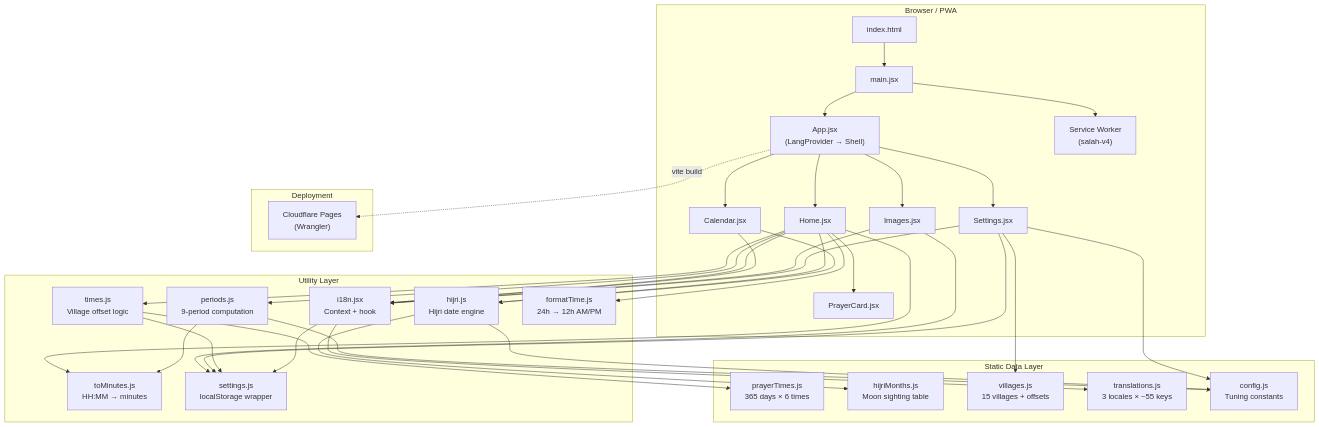
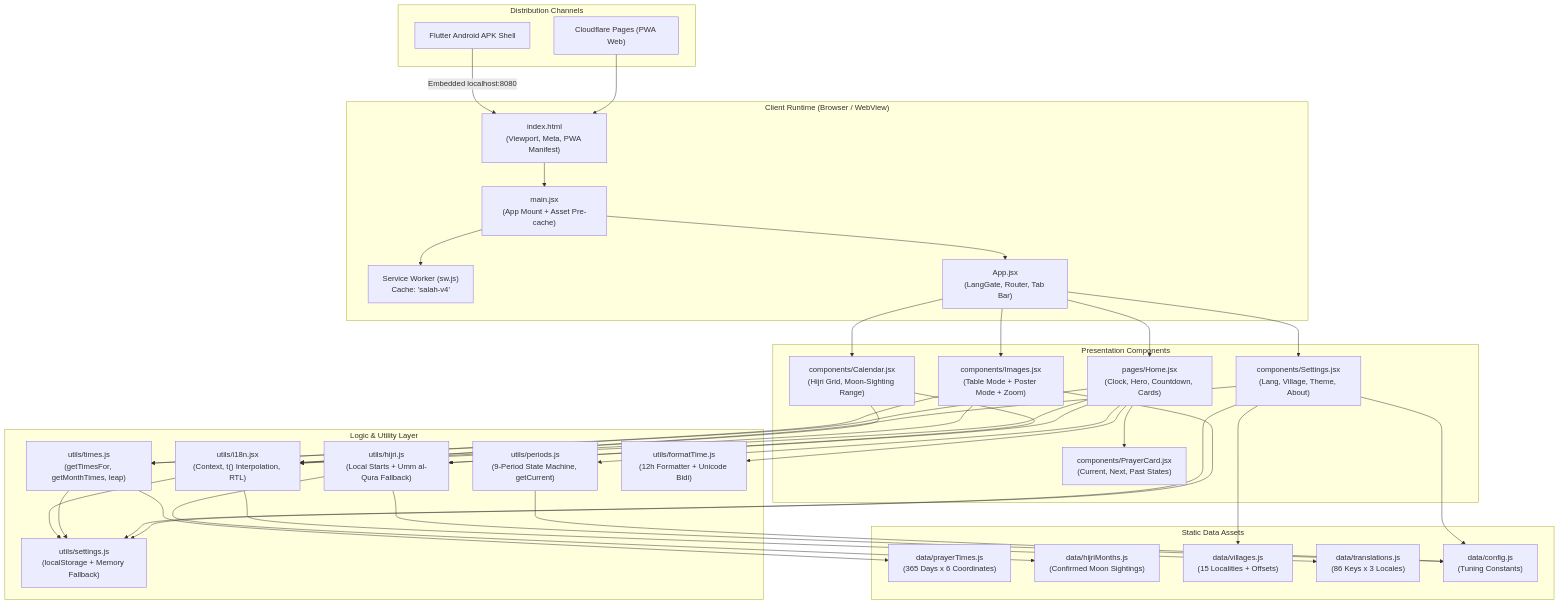
One commit to Akai-Abd/Osmanabad-Salah-Time changed the first of 2 diagrams in Salah-Timing.md. Above: the diagram before and after it, drawn with Mermaid. The commit also changed other lines of this file, not shown here.

````diff
--- a/Salah-Timing.md
+++ b/Salah-Timing.md
@@ -42,50 +52,54 @@
 ```mermaid
 flowchart TD
-    subgraph Client["Browser / PWA"]
-        HTML["index.html"]
-        MAIN["main.jsx"]
-        APP["App.jsx\n(LangProvider → Shell)"]
-        HOME["Home.jsx"]
-        CAL["Calendar.jsx"]
-        IMG["Images.jsx"]
-        SET["Settings.jsx"]
-        PC["PrayerCard.jsx"]
-        SW["Service Worker\n(salah-v4)"]
+    subgraph Distribution["Distribution Channels"]
+        WEB["Cloudflare Pages (PWA Web)"]
+        APK["Flutter Android APK Shell"]
     end
 
-    subgraph Data["Static Data Layer"]
-        PT["prayerTimes.js\n365 days × 6 times"]
-        HM["hijriMonths.js\nMoon sighting table"]
-        VL["villages.js\n15 villages + offsets"]
-        TR["translations.js\n3 locales × ~55 keys"]
-        CF["config.js\nTuning constants"]
+    subgraph ClientShell["Client Runtime (Browser / WebView)"]
+        HTML["index.html\n(Viewport, Meta, PWA Manifest)"]
+        SW["Service Worker (sw.js)\nCache: 'salah-v4'"]
+        ENTRY["main.jsx\n(App Mount + Asset Pre-cache)"]
+        SHELL["App.jsx\n(LangGate, Router, Tab Bar)"]
     end
 
-    subgraph Utils["Utility Layer"]
-        TI["times.js\nVillage offset logic"]
-        PE["periods.js\n9-period computation"]
-        HI["hijri.js\nHijri date engine"]
-        I18["i18n.jsx\nContext + hook"]
-        FT["formatTime.js\n24h → 12h AM/PM"]
-        TM["toMinutes.js\nHH:MM → minutes"]
-        SS["settings.js\nlocalStorage wrapper"]
+    subgraph Views["Presentation Components"]
+        HOME["pages/Home.jsx\n(Clock, Hero, Countdown, Cards)"]
+        TT["components/Images.jsx\n(Table Mode + Poster Mode + Zoom)"]
+        CAL["components/Calendar.jsx\n(Hijri Grid, Moon-Sighting Range)"]
+        SET["components/Settings.jsx\n(Lang, Village, Theme, About)"]
+        CARD["components/PrayerCard.jsx\n(Current, Next, Past States)"]
     end
 
-    subgraph Hosting["Deployment"]
-        CF_PAGES["Cloudflare Pages\n(Wrangler)"]
+    subgraph CoreEngine["Logic & Utility Layer"]
+        TIMES["utils/times.js\n(getTimesFor, getMonthTimes, leap)"]
+        PERIODS["utils/periods.js\n(9-Period State Machine, getCurrent)"]
+        HIJRI["utils/hijri.js\n(Local Starts + Umm al-Qura Fallback)"]
+        I18N["utils/i18n.jsx\n(Context, t() Interpolation, RTL)"]
+        FMT["utils/formatTime.js\n(12h Formatter + Unicode Bidi)"]
+        STORE["utils/settings.js\n(localStorage + Memory Fallback)"]
     end
 
-    HTML --> MAIN --> APP
-    APP --> HOME & CAL & IMG & SET
-    HOME --> PC
-    HOME --> TI & PE & HI & FT & TM & I18
-    CAL --> HI & I18
-    IMG --> I18 & SS
-    SET --> SS & VL & I18 & CF
-    TI --> PT & SS
-    PE --> TM & CF
-    HI --> HM & CF
-    I18 --> TR & SS
-    MAIN --> SW
-    APP -.->|"vite build"| CF_PAGES
+    subgraph DataStore["Static Data Assets"]
+        PT_DATA["data/prayerTimes.js\n(365 Days x 6 Coordinates)"]
+        HM_DATA["data/hijriMonths.js\n(Confirmed Moon Sightings)"]
+        VL_DATA["data/villages.js\n(15 Localities + Offsets)"]
+        TR_DATA["data/translations.js\n(86 Keys x 3 Locales)"]
+        CFG_DATA["data/config.js\n(Tuning Constants)"]
+    end
+
+    WEB --> HTML
+    APK -->|"Embedded localhost:8080"| HTML
+    HTML --> ENTRY --> SHELL
+    ENTRY --> SW
+    SHELL --> HOME & TT & CAL & SET
+    HOME --> CARD
+    HOME --> TIMES & PERIODS & HIJRI & FMT & I18N
+    TT --> TIMES & STORE & I18N
+    CAL --> HIJRI & I18N
+    SET --> STORE & VL_DATA & I18N & CFG_DATA
+    TIMES --> PT_DATA & STORE
+    PERIODS --> CFG_DATA
+    HIJRI --> HM_DATA & CFG_DATA
+    I18N --> TR_DATA & STORE
 ```
````
